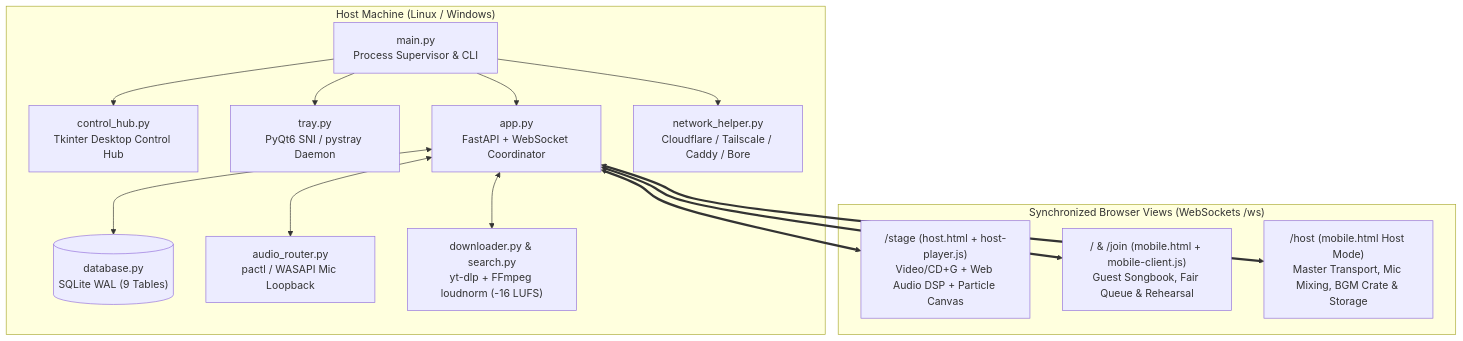
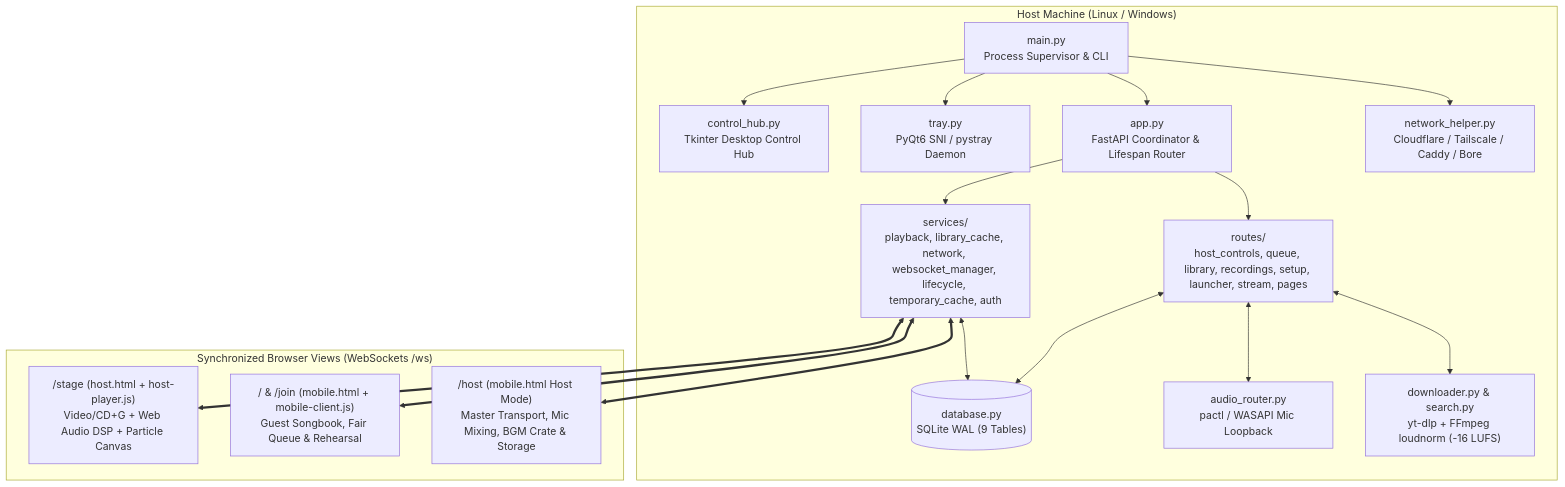
The diagram in README.md (Todd0042/tiki-karaoke), drawn with Mermaid before and after one commit. The commit also changed other lines of this file, not shown here.

Commit message:
docs(readme): document modular architecture, dynamic queue interleaving, LUFS calibration, and party wrapped specs

````diff
--- a/README.md
+++ b/README.md
@@ -167,30 +167,35 @@
 ```mermaid
 flowchart TB
     subgraph HostPC["Host Machine (Linux / Windows)"]
         Main["main.py<br/>Process Supervisor & CLI"]
         Hub["control_hub.py<br/>Tkinter Desktop Control Hub"]
         Tray["tray.py<br/>PyQt6 SNI / pystray Daemon"]
-        FastAPI["app.py<br/>FastAPI + WebSocket Coordinator"]
+        FastAPI["app.py<br/>FastAPI Coordinator & Lifespan Router"]
+        Routes["routes/<br/>host_controls, queue, library, recordings, setup, launcher, stream, pages"]
+        Services["services/<br/>playback, library_cache, network, websocket_manager, lifecycle, temporary_cache, auth"]
         DB[("database.py<br/>SQLite WAL (9 Tables)")]
         AudioRouter["audio_router.py<br/>pactl / WASAPI Mic Loopback"]
         Downloader["downloader.py & search.py<br/>yt-dlp + FFmpeg loudnorm (-16 LUFS)"]
         Net["network_helper.py<br/>Cloudflare / Tailscale / Caddy / Bore"]
     end
 
     subgraph Clients["Synchronized Browser Views (WebSockets /ws)"]
         Stage["/stage (host.html + host-player.js)<br/>Video/CD+G + Web Audio DSP + Particle Canvas"]
         Mobile["/ & /join (mobile.html + mobile-client.js)<br/>Guest Songbook, Fair Queue & Rehearsal"]
         HostDesk["/host (mobile.html Host Mode)<br/>Master Transport, Mic Mixing, BGM Crate & Storage"]
     end
 
     Main --> Hub
     Main --> Tray
     Main --> FastAPI
-    FastAPI <--> DB
-    FastAPI <--> AudioRouter
-    FastAPI <--> Downloader
+    FastAPI --> Routes
+    FastAPI --> Services
+    Routes <--> DB
+    Routes <--> AudioRouter
+    Routes <--> Downloader
+    Services <--> DB
     Main --> Net
-    FastAPI <==> Stage
-    FastAPI <==> Mobile
-    FastAPI <==> HostDesk
+    Services <==> Stage
+    Services <==> Mobile
+    Services <==> HostDesk
 ```
````
